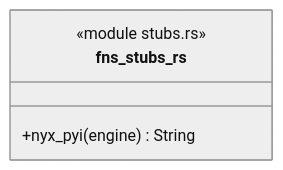
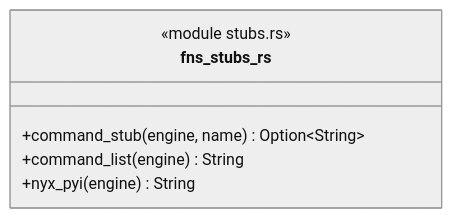
Before and after one commit to p-j-r/nyx: the diagram in docs/architecture/c4/4-code/script/stubs.md, drawn with Mermaid (neutral theme). The commit also changed other lines of this file and 93 other files, not shown here.

````diff
--- a/docs/architecture/c4/4-code/script/stubs.md
+++ b/docs/architecture/c4/4-code/script/stubs.md
@@ -34,7 +35,9 @@
 ```mermaid
 classDiagram
   class fns_stubs_rs {
       <<module stubs.rs>>
+      +command_stub(engine, name) Option~String~
+      +command_list(engine) String
       +nyx_pyi(engine) String
   }
 ```
````
